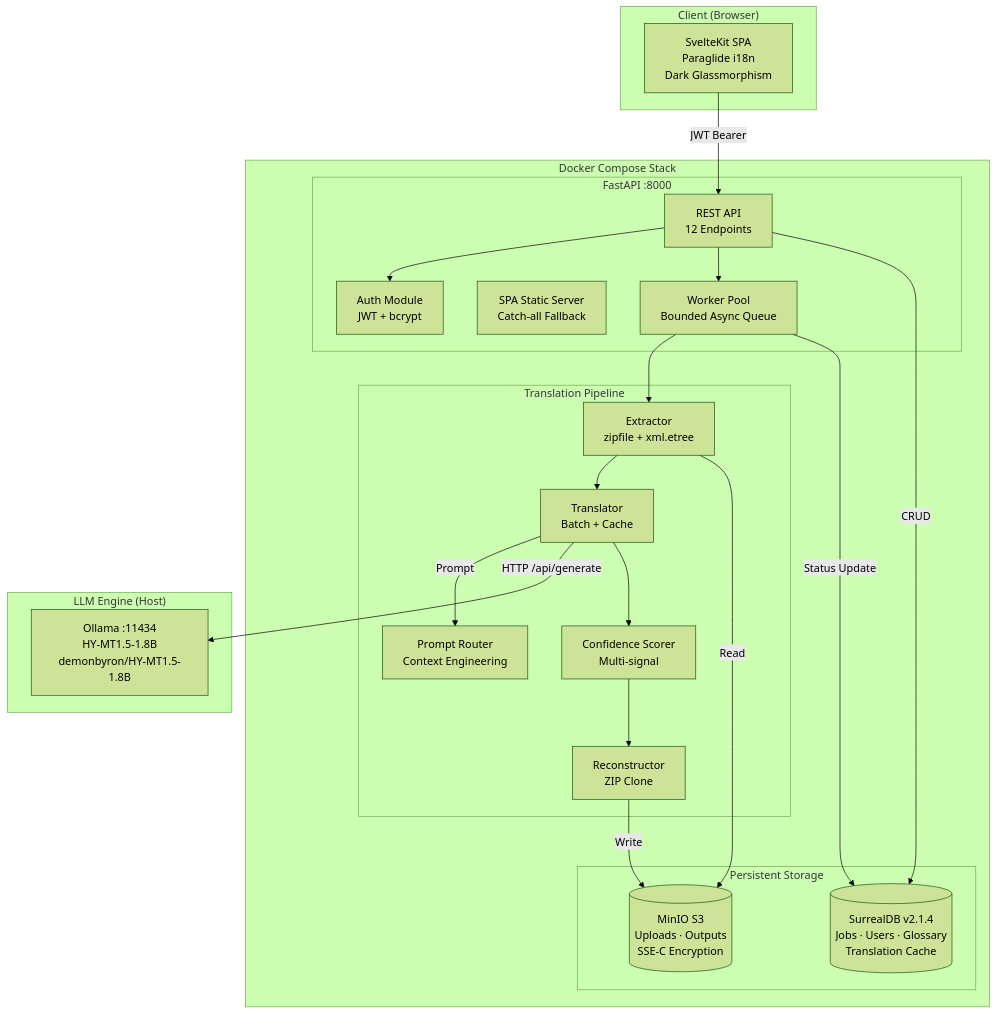
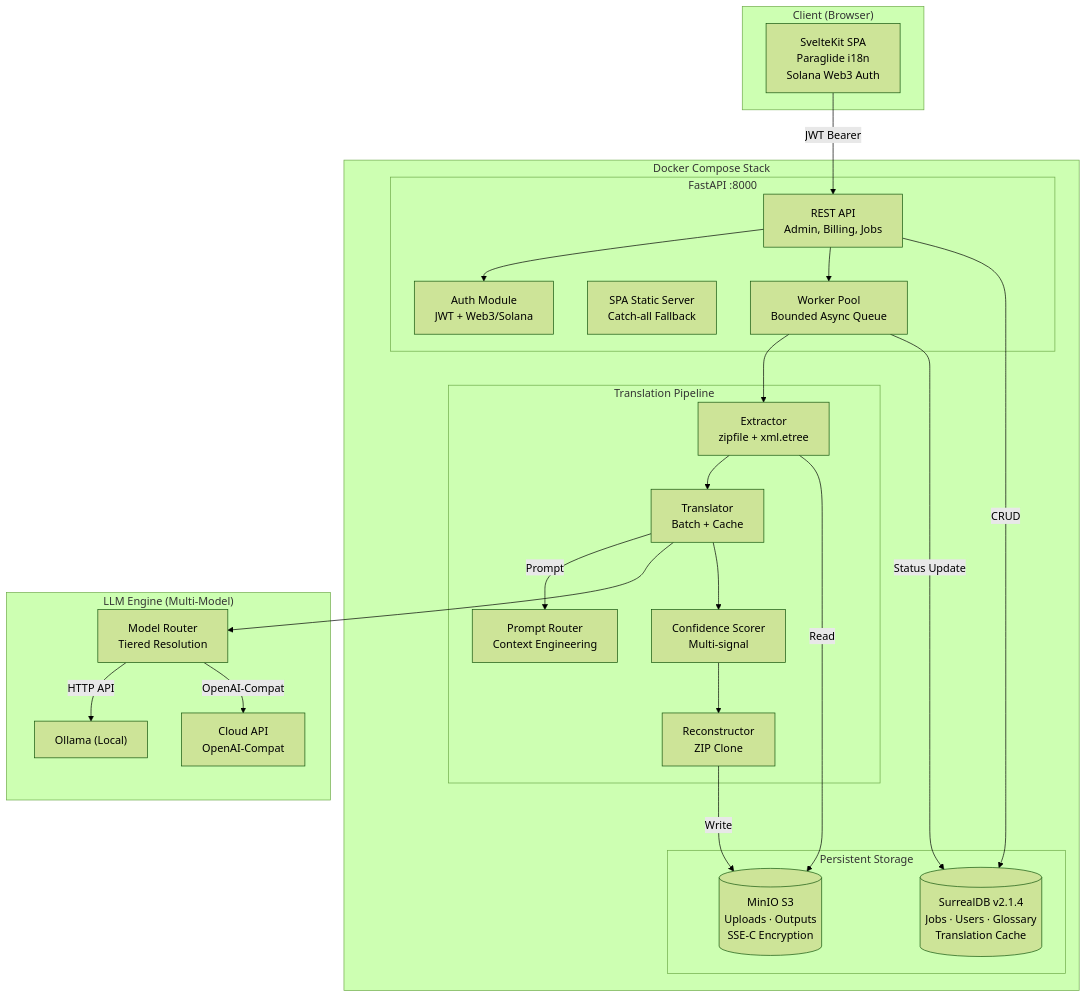
One commit to vnknowledge2014/file_translated_app changed the first of 10 diagrams in docs/architecture.md. Above: the diagram before and after it, drawn with Mermaid (forest theme). The commit also changed other lines of this file and 3 other files, not shown here.

````diff
--- a/docs/architecture.md
+++ b/docs/architecture.md
@@ -10,46 +10,50 @@
 ```mermaid
 graph TB
     subgraph Browser ["Client (Browser)"]
-        SPA["SvelteKit SPA<br/>Paraglide i18n<br/>Dark Glassmorphism"]
+        SPA["SvelteKit SPA<br/>Paraglide i18n<br/>Solana Web3 Auth"]
     end
 
     subgraph DC ["Docker Compose Stack"]
         subgraph FastAPI ["FastAPI :8000"]
-            AUTH["Auth Module<br/>JWT + bcrypt"]
-            ROUTES["REST API<br/>12 Endpoints"]
+            AUTH["Auth Module<br/>JWT + Web3/Solana"]
+            ROUTES["REST API<br/>Admin, Billing, Jobs"]
             SPA_SERVE["SPA Static Server<br/>Catch-all Fallback"]
             WORKER["Worker Pool<br/>Bounded Async Queue"]
         end
 
         subgraph Pipeline ["Translation Pipeline"]
             EXT["Extractor<br/>zipfile + xml.etree"]
             TRANS["Translator<br/>Batch + Cache"]
             SCORE["Confidence Scorer<br/>Multi-signal"]
             RECON["Reconstructor<br/>ZIP Clone"]
             PR["Prompt Router<br/>Context Engineering"]
         end
 
         subgraph Data ["Persistent Storage"]
             SURREAL[("SurrealDB v2.1.4<br/>Jobs · Users · Glossary<br/>Translation Cache")]
             MINIO[("MinIO S3<br/>Uploads · Outputs<br/>SSE-C Encryption")]
         end
     end
 
-    subgraph LLM ["LLM Engine (Host)"]
-        OLLAMA["Ollama :11434<br/>HY-MT1.5-1.8B<br/>demonbyron/HY-MT1.5-1.8B"]
+    subgraph LLM ["LLM Engine (Multi-Model)"]
+        ROUTER["Model Router<br/>Tiered Resolution"]
+        OLLAMA["Ollama (Local)"]
+        CLOUD["Cloud API<br/>OpenAI-Compat"]
     end
 
     SPA -->|JWT Bearer| ROUTES
     ROUTES --> AUTH
     ROUTES --> WORKER
     WORKER --> EXT
     EXT --> TRANS
     TRANS -->|Prompt| PR
-    TRANS -->|HTTP /api/generate| OLLAMA
+    TRANS --> ROUTER
+    ROUTER -->|HTTP API| OLLAMA
+    ROUTER -->|OpenAI-Compat| CLOUD
     TRANS --> SCORE
     SCORE --> RECON
     ROUTES -->|CRUD| SURREAL
     EXT -->|Read| MINIO
     RECON -->|Write| MINIO
     WORKER -->|Status Update| SURREAL
 ```
````
